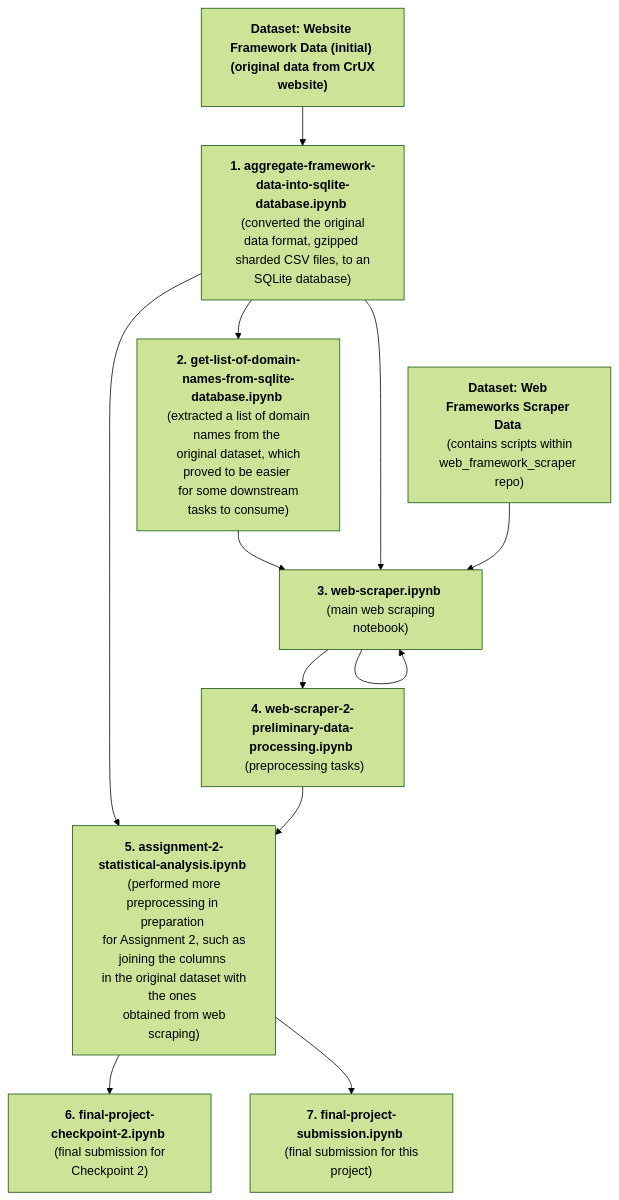
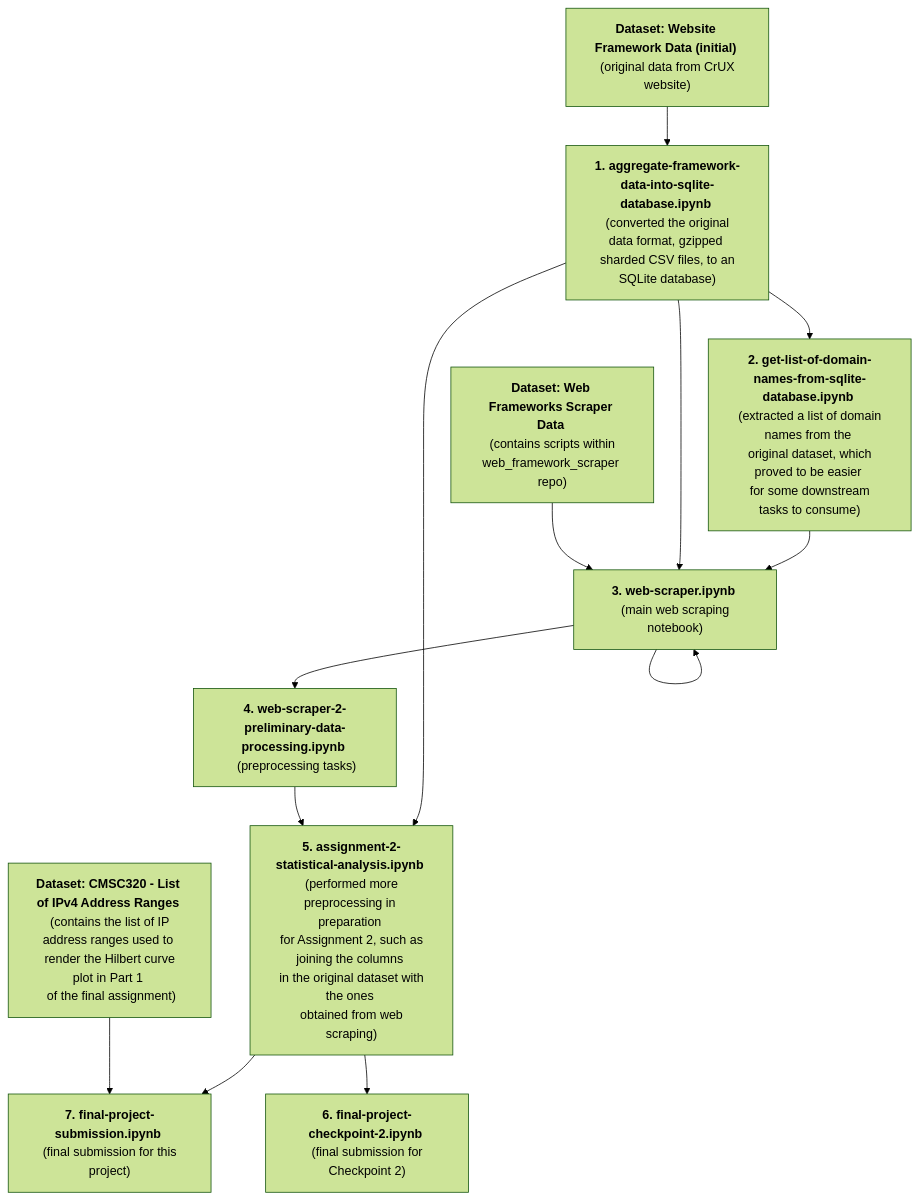
The diagram in README.md (web-frameworks-research/conversion_and_analysis_pipeline), drawn with Mermaid (forest theme) before and after one commit.

Commit message:
added missing dataset to graph

````diff
--- a/README.md
+++ b/README.md
@@ -9,15 +9,16 @@
 ```mermaid
 graph TD
-    D1["<b>Dataset: Website Framework Data (initial) <br> (original data from CrUX website)"]
+    D1["<b>Dataset: Website Framework Data (initial)</b> <br> (original data from CrUX website)"]
     D1 --> N1["<b>1. aggregate-framework-data-into-sqlite-database.ipynb</b> <br> (converted the original data format, gzipped <br> sharded CSV files, to an SQLite database)"]
     N1 --> N2["<b>2. get-list-of-domain-names-from-sqlite-database.ipynb</b> <br> (extracted a list of domain names from the <br> original dataset, which proved to be easier <br> for some downstream tasks to consume)"]
     D2["<b>Dataset: Web Frameworks Scraper Data</b> <br> (contains scripts within web_framework_scraper repo) "] --> N3
     N3 --> N3
     N1 --> N3["<b>3. web-scraper.ipynb</b> <br> (main web scraping notebook)"]
     N2 --> N3
     N3 --> N4["<b>4. web-scraper-2-preliminary-data-processing.ipynb</b> <br> (preprocessing tasks)"]
     N4 --> N5["<b>5. assignment-2-statistical-analysis.ipynb</b> <br> (performed more preprocessing in preparation <br> for Assignment 2, such as joining the columns <br> in the original dataset with the ones <br> obtained from web scraping)"]
     N1 --> N5
+    D3["<b>Dataset: CMSC320 - List of IPv4 Address Ranges</b> <br> (contains the list of IP address ranges used to <br> render the Hilbert curve plot in Part 1 <br> of the final assignment)"] --> N7
+    N5 --> N7["<b>7. final-project-submission.ipynb</b> <br> (final submission for this project)"]
     N5 --> N6["<b>6. final-project-checkpoint-2.ipynb</b> <br> (final submission for Checkpoint 2)"]
-    N5 --> N7["<b>7. final-project-submission.ipynb</b> <br> (final submission for this project)"]
 ```
````
